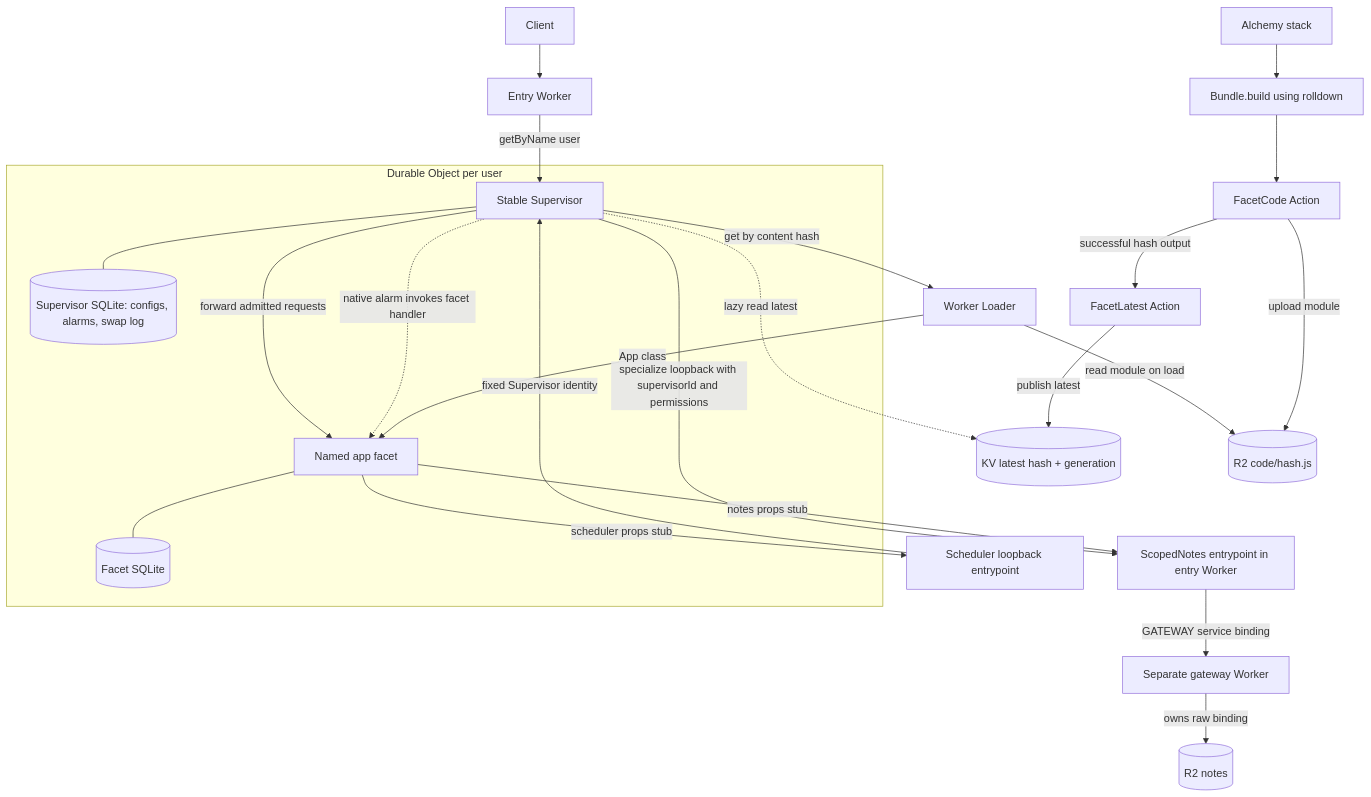
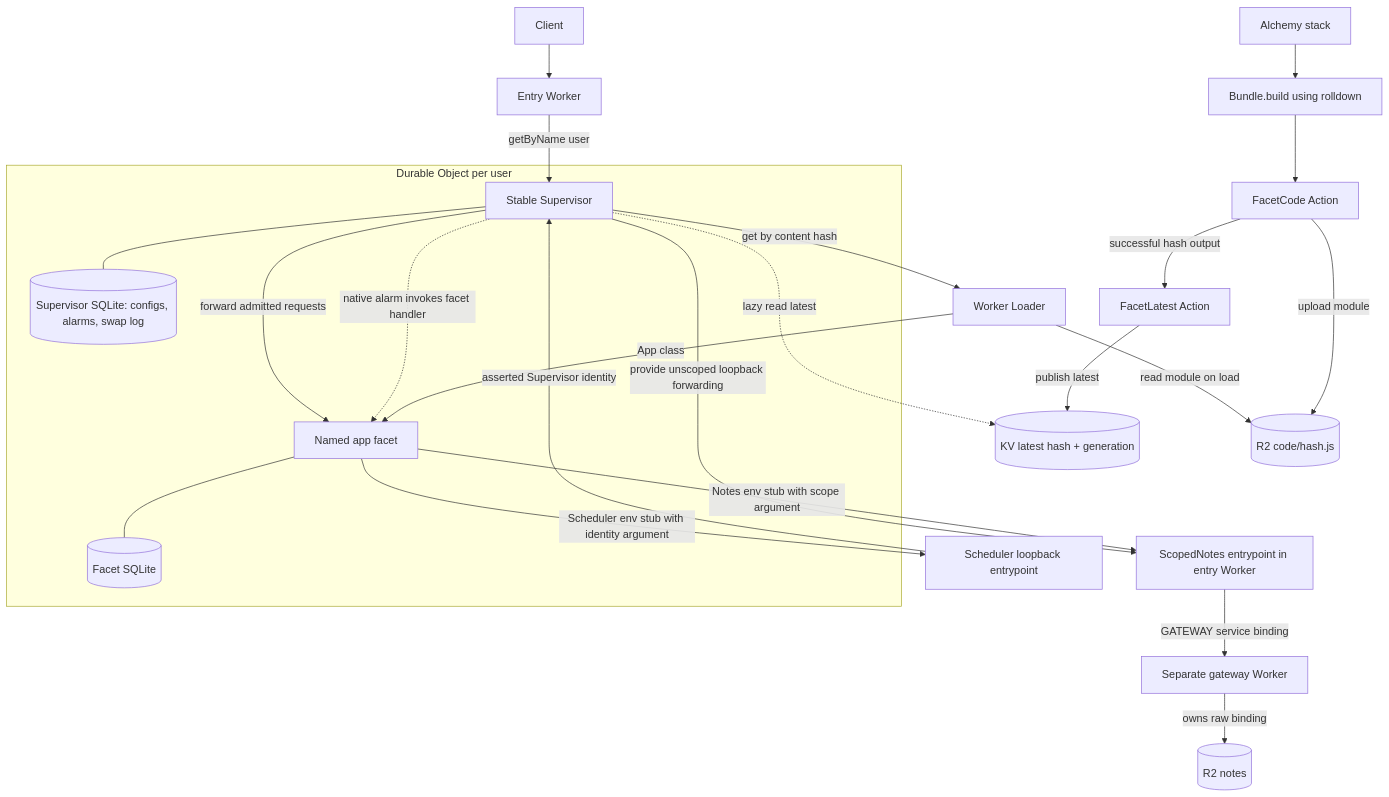
The first of 4 diagrams in docs/ARCHITECTURE.md (boarush/facet-swap), drawn with Mermaid before and after one commit. The commit also changed other lines of this file and 7 other files, not shown here.

````diff
--- a/docs/ARCHITECTURE.md
+++ b/docs/ARCHITECTURE.md
@@ -27,26 +27,26 @@
 ```mermaid
 flowchart TB
   C[Client] --> E[Entry Worker]
   E -->|getByName user| S
   subgraph DO[Durable Object per user]
     S[Stable Supervisor] -->|forward admitted requests| F[Named app facet]
     S --- SD[(Supervisor SQLite: configs, alarms, swap log)]
     F --- FD[(Facet SQLite)]
   end
-  S -->|specialize loopback with supervisorId and permissions| N[ScopedNotes entrypoint in entry Worker]
+  S -->|provide unscoped loopback forwarding| N[ScopedNotes entrypoint in entry Worker]
   N -->|GATEWAY service binding| G[Separate gateway Worker]
-  F -->|notes props stub| N
-  F -->|scheduler props stub| A[Scheduler loopback entrypoint]
-  A -->|fixed Supervisor identity| S
+  F -->|Notes env stub with scope argument| N
+  F -->|Scheduler env stub with identity argument| A[Scheduler loopback entrypoint]
+  A -->|asserted Supervisor identity| S
   S -.->|native alarm invokes facet handler| F
   G -->|owns raw binding| NOTES[(R2 notes)]
   S -.->|lazy read latest| KV[(KV latest hash + generation)]
   S -->|get by content hash| L[Worker Loader]
   L -->|read module on load| R2[(R2 code/hash.js)]
   L -->|App class| F
   STACK[Alchemy stack] --> B[Bundle.build using rolldown]
   B --> U[FacetCode Action]
   U -->|upload module| R2
   U -->|successful hash output| P[FacetLatest Action]
   P -->|publish latest| KV
 ```
````
